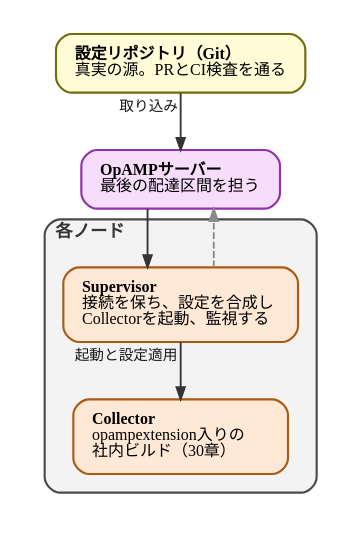
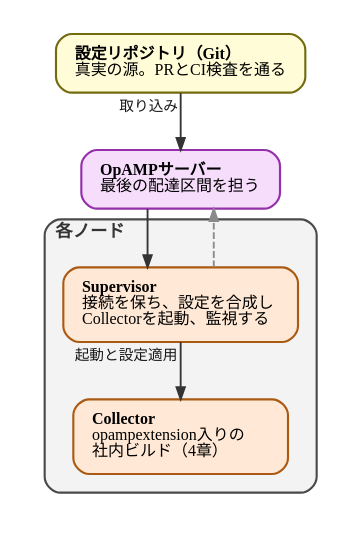
One commit to ymotongpoo/zenn.dev changed the diagram in diagrams/observability-platform-with-otel/20260926-opamp-topology.dot. Above: the diagram before and after it, drawn with Graphviz. The commit also changed 27 other files, not shown here.

```diff
--- a/diagrams/observability-platform-with-otel/20260926-opamp-topology.dot
+++ b/diagrams/observability-platform-with-otel/20260926-opamp-topology.dot
@@ -1,38 +1,38 @@
 // OpAMPによるフリート管理の構成
 digraph opamp_topology {
   graph [
     fontname="IBM Plex Sans JP", fontsize=13,
     rankdir=TB, compound=true, splines=ortho,
     nodesep=0.5, ranksep=0.6, pad=0.25,
     bgcolor="white", newrank=true
   ];
   node [
     fontname="IBM Plex Sans JP", fontsize=12,
     shape=box, style="rounded,filled",
     fillcolor="#E4E4E4", color="#4A4A4A", penwidth=1.6,
     margin="0.2,0.14"
   ];
   edge [
     fontname="IBM Plex Sans JP", fontsize=11,
     color="#343434", penwidth=1.4, arrowsize=0.9,
     fontcolor="#171717"
   ];
 
   git [label=<<b>設定リポジトリ（Git）</b><br align="left"/>真実の源。PRとCI検査を通る<br align="left"/>>, fillcolor="#FFFCD7", color="#736B10"];
   server [label=<<b>OpAMPサーバー</b><br align="left"/>最後の配達区間を担う<br align="left"/>>, fillcolor="#F7DDFC", color="#9430A9"];
 
   subgraph cluster_node {
     label=<<b>各ノード</b>>;
     labeljust="l"; style="rounded"; penwidth=1.6;
     color="#4A4A4A"; bgcolor="#F3F3F3"; fontcolor="#343434"; margin=14;
     supervisor [label=<<b>Supervisor</b><br align="left"/>接続を保ち、設定を合成し<br align="left"/>Collectorを起動、監視する<br align="left"/>>, fillcolor="#FFE9D6", color="#AB5A13"];
-    collector [label=<<b>Collector</b><br align="left"/>opampextension入りの<br align="left"/>社内ビルド（30章）<br align="left"/>>, fillcolor="#FFE9D6", color="#AB5A13"];
+    collector [label=<<b>Collector</b><br align="left"/>opampextension入りの<br align="left"/>社内ビルド（4章）<br align="left"/>>, fillcolor="#FFE9D6", color="#AB5A13"];
     supervisor -> collector [xlabel=" 起動と設定適用"];
   }
 
   git -> server [xlabel=" 取り込み"];
   server -> supervisor;
   // 報告の内容（ヘルス、実効設定、APPLIED/FAILED）はキャプションと本文にある。
   // ここにラベルを置くと、配布の辺との隙間を取り合ってクラスタの枠線に乗る。
   supervisor -> server [style=dashed, color="#8A8A8A", fontcolor="#4A4A4A"];
 }
```
